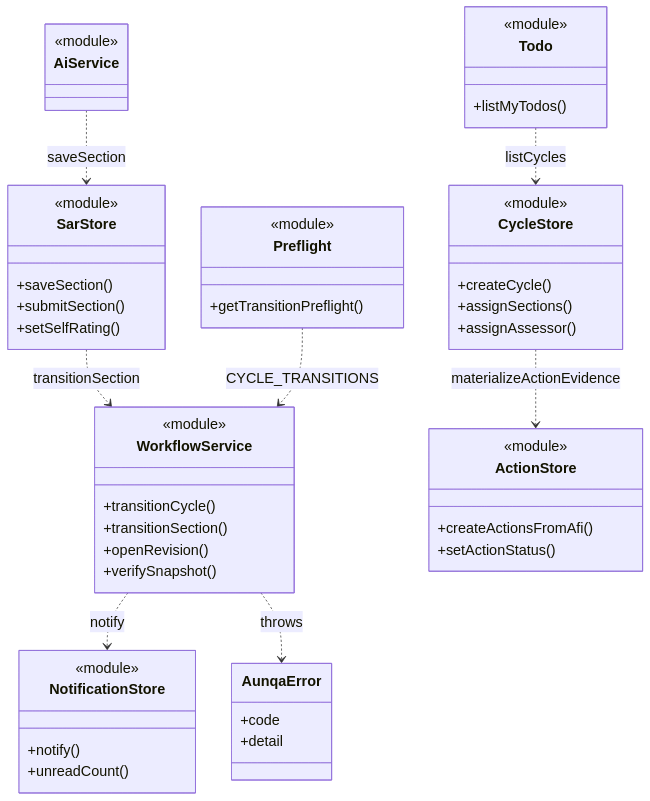
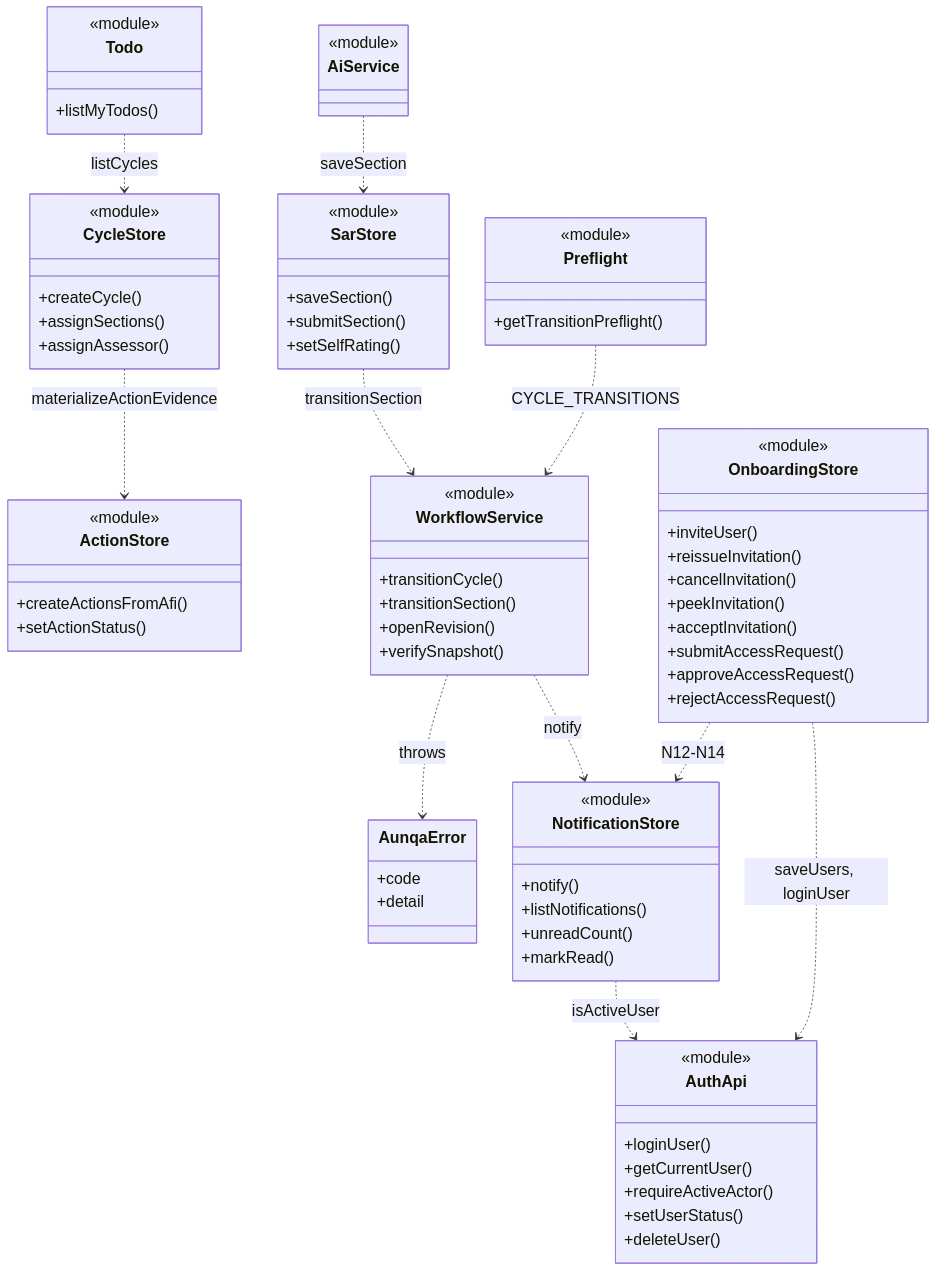
Before and after one commit to sunthanathza5566/project-mockup: the diagram in docs/diagrams/class-domain-workflow.mmd, drawn with Mermaid. The commit also changed 15 other files, not shown here.

Commit message:
docs(TASK-0002): UML set updated for redesign, onboarding, notification deep links

```diff
--- a/docs/diagrams/class-domain-workflow.mmd
+++ b/docs/diagrams/class-domain-workflow.mmd
@@ -1,55 +1,79 @@
-%% source: eduflow-next/lib/api/workflow.ts:181-365 (transitionCycle, notifyCycleChange, openRevision, transitionSection); sar.store.ts:52-184; cycle.store.ts:33,130,183; action.store.ts:135,162; notification.store.ts:17,77; preflight.ts:21; todo.ts:48; ai.service.ts:396-444 (acceptAiRun → saveSection) | task: TASK-0001 | updated: 2026-10-23
-%%{init: {"themeVariables": {"fontSize": "20px"}, "themeCSS": ".edge-pattern-dashed{stroke-dasharray: 4 4 !important}"}}%%
+%% source: eduflow-next/lib/api/workflow.ts (transitionCycle, notifyCycleChange, openRevision, transitionSection, assertSectionEditable:78-99); sar.store.ts; cycle.store.ts; action.store.ts; notification.store.ts:35-117 (notify, listNotifications, unreadCount, markRead); onboarding.store.ts:129-348; auth.api.ts:37-58 (userStatus, isActiveUser, requireActiveActor), 275 (getCurrentUser), 393-438 (deleteUser, setUserStatus); preflight.ts; todo.ts; ai.service.ts (acceptAiRun → saveSection) | task: TASK-0002 | updated: 2026-10-27
+%%{init: {"themeVariables": {"fontSize": "22px"}, "themeCSS": ".edge-pattern-dashed{stroke-dasharray: 4 4 !important}"}}%%
 classDiagram
   direction TB
   class WorkflowService {
     <<module>>
     +transitionCycle()
     +transitionSection()
     +openRevision()
     +verifySnapshot()
   }
   class SarStore {
     <<module>>
     +saveSection()
     +submitSection()
     +setSelfRating()
   }
   class CycleStore {
     <<module>>
     +createCycle()
     +assignSections()
     +assignAssessor()
   }
   class ActionStore {
     <<module>>
     +createActionsFromAfi()
     +setActionStatus()
   }
   class NotificationStore {
     <<module>>
     +notify()
+    +listNotifications()
     +unreadCount()
+    +markRead()
+  }
+  class OnboardingStore {
+    <<module>>
+    +inviteUser()
+    +reissueInvitation()
+    +cancelInvitation()
+    +peekInvitation()
+    +acceptInvitation()
+    +submitAccessRequest()
+    +approveAccessRequest()
+    +rejectAccessRequest()
+  }
+  class AuthApi {
+    <<module>>
+    +loginUser()
+    +getCurrentUser()
+    +requireActiveActor()
+    +setUserStatus()
+    +deleteUser()
   }
   class Preflight {
     <<module>>
     +getTransitionPreflight()
   }
   class Todo {
     <<module>>
     +listMyTodos()
   }
   class AiService {
     <<module>>
   }
   class AunqaError {
     +code
     +detail
   }
   AiService ..> SarStore : saveSection
   SarStore ..> WorkflowService : transitionSection
   CycleStore ..> ActionStore : materializeActionEvidence
   Preflight ..> WorkflowService : CYCLE_TRANSITIONS
   Todo ..> CycleStore : listCycles
   WorkflowService ..> NotificationStore : notify
   WorkflowService ..> AunqaError : throws
+  OnboardingStore ..> AuthApi : saveUsers, loginUser
+  OnboardingStore ..> NotificationStore : N12-N14
+  NotificationStore ..> AuthApi : isActiveUser
```
